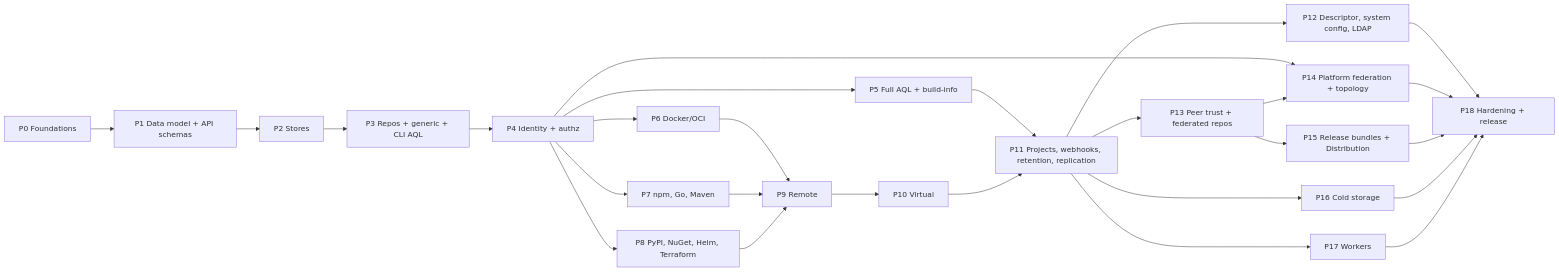
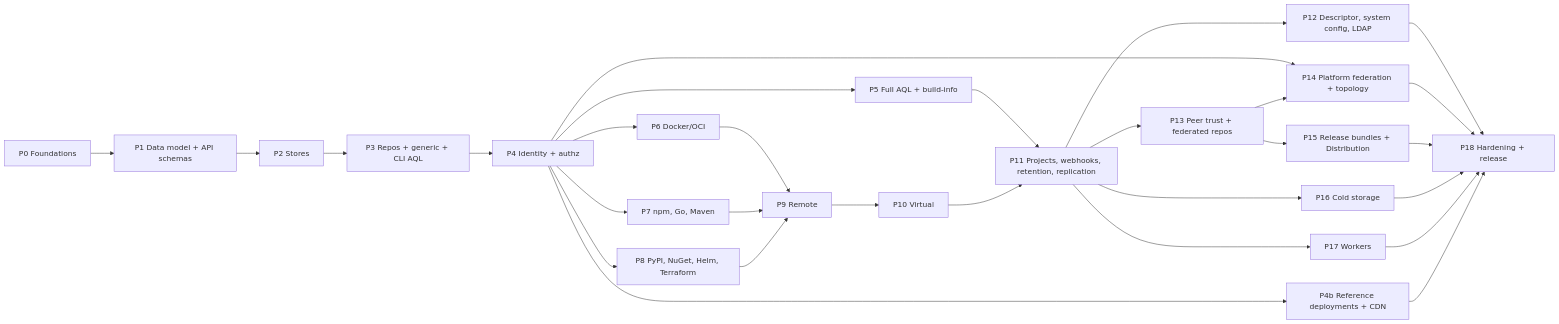
Before and after one commit to weaveplatform/artifactweave: the diagram in docs/implementation/plan.md, drawn with Mermaid. The commit also changed other lines of this file and 5 other files, not shown here.

Commit message:
docs: research 20 and decision 0030, reference deployments and platform testing

````diff
--- a/docs/implementation/plan.md
+++ b/docs/implementation/plan.md
@@ -53,29 +54,31 @@
 ```mermaid
 flowchart LR
   P0[P0 Foundations] --> P1[P1 Data model + API schemas]
   P1 --> P2[P2 Stores]
   P2 --> P3[P3 Repos + generic + CLI AQL]
   P3 --> P4[P4 Identity + authz]
   P4 --> P5[P5 Full AQL + build-info]
   P4 --> P6[P6 Docker/OCI]
   P4 --> P7[P7 npm, Go, Maven]
   P4 --> P8[P8 PyPI, NuGet, Helm, Terraform]
+  P4 --> P4b[P4b Reference deployments + CDN]
   P6 --> P9[P9 Remote]
   P7 --> P9
   P8 --> P9
   P9 --> P10[P10 Virtual]
   P5 --> P11[P11 Projects, webhooks, retention, replication]
   P10 --> P11
   P11 --> P12[P12 Descriptor, system config, LDAP]
   P11 --> P13[P13 Peer trust + federated repos]
   P4 --> P14[P14 Platform federation + topology]
   P13 --> P14
   P13 --> P15[P15 Release bundles + Distribution]
   P11 --> P16[P16 Cold storage]
   P11 --> P17[P17 Workers]
   P12 --> P18[P18 Hardening + release]
   P14 --> P18
   P15 --> P18
   P16 --> P18
   P17 --> P18
+  P4b --> P18
 ```
````
